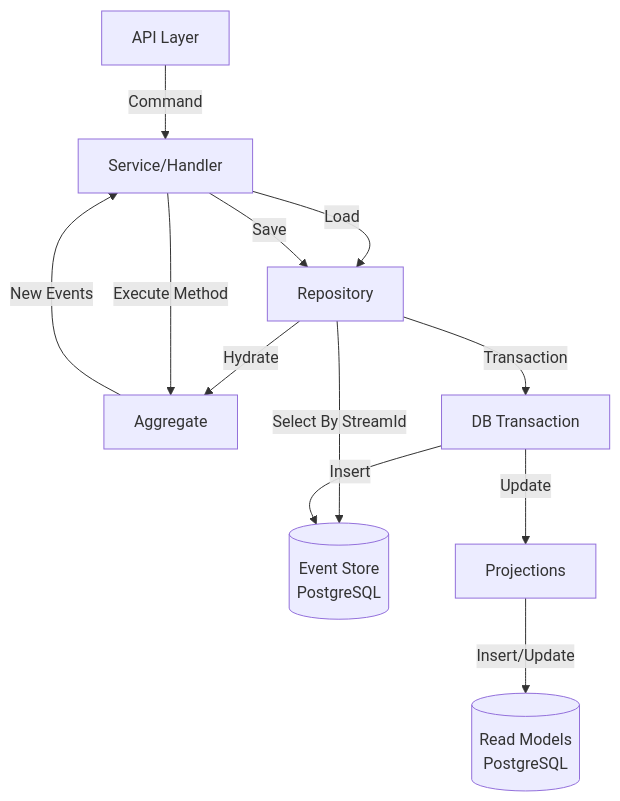
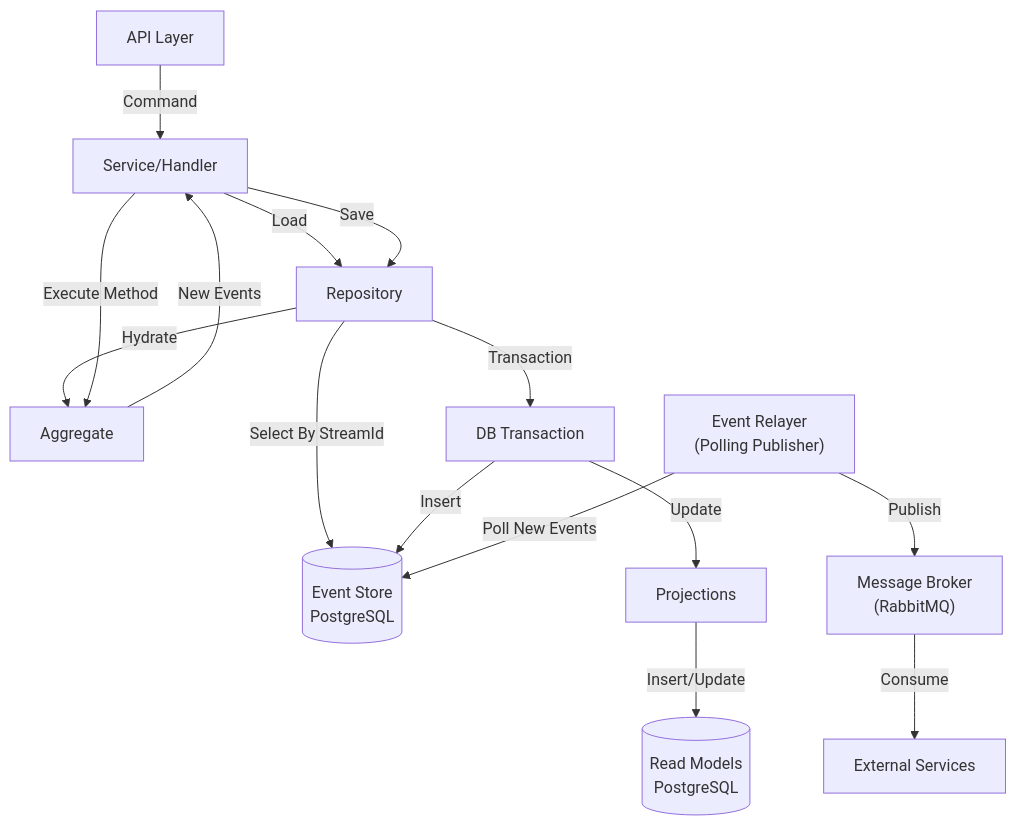
One commit to obanb/hireme-monorepo changed the diagram in docs/event-sourcing-architecture.md. Above: the diagram before and after it, drawn with Mermaid. The commit also changed other lines of this file and 5 other files, not shown here.

````diff
--- a/docs/event-sourcing-architecture.md
+++ b/docs/event-sourcing-architecture.md
@@ -7,14 +7,19 @@
 ```mermaid
 graph TD
     API[API Layer] -->|Command| SVC[Service/Handler]
     SVC -->|Load| REPO[Repository]
     REPO -->|Select By StreamId| ES[(Event Store \n PostgreSQL)]
     REPO -->|Hydrate| AGG[Aggregate]
     SVC -->|Execute Method| AGG
     AGG -->|New Events| SVC
     SVC -->|Save| REPO
     REPO -->|Transaction| TX[DB Transaction]
     TX -->|Insert| ES
     TX -->|Update| PROJ[Projections]
     PROJ -->|Insert/Update| RM[(Read Models \n PostgreSQL)]
+    
+    %% Async Integration
+    REL["Event Relayer \n (Polling Publisher)"] -->|Poll New Events| ES
+    REL -->|Publish| MQ["Message Broker \n (RabbitMQ)"]
+    MQ -->|Consume| EXT[External Services]
 ```
````
